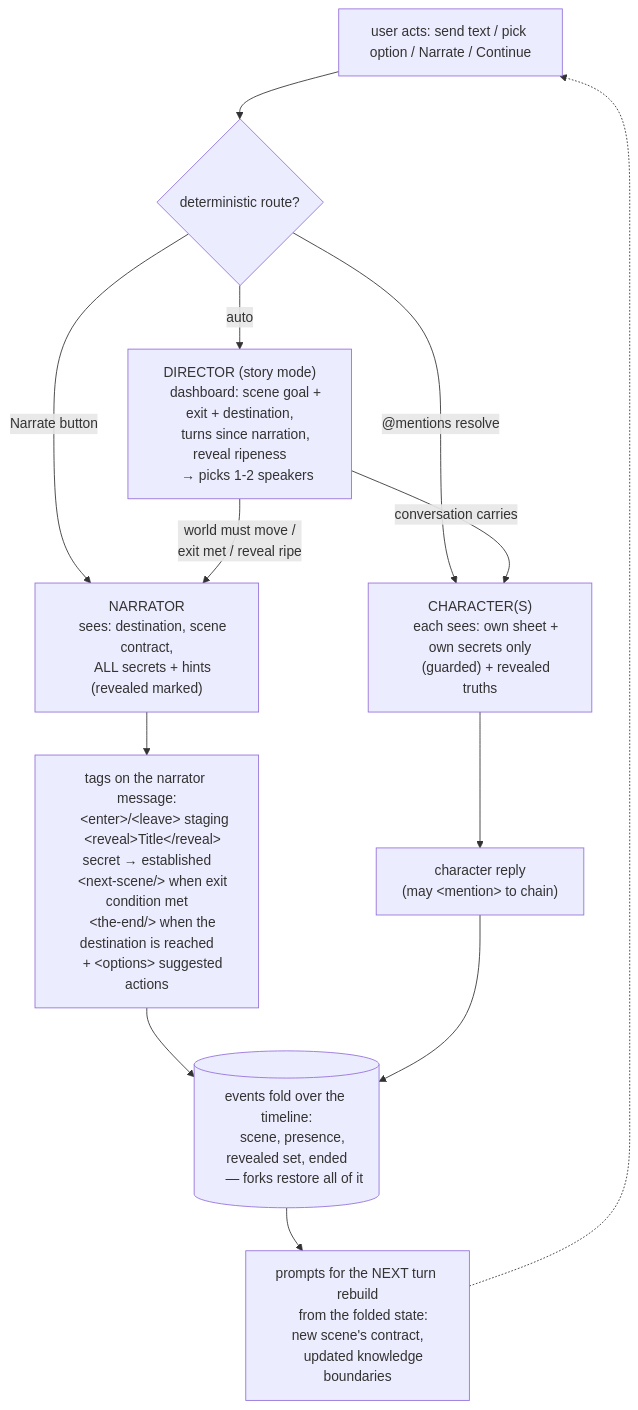
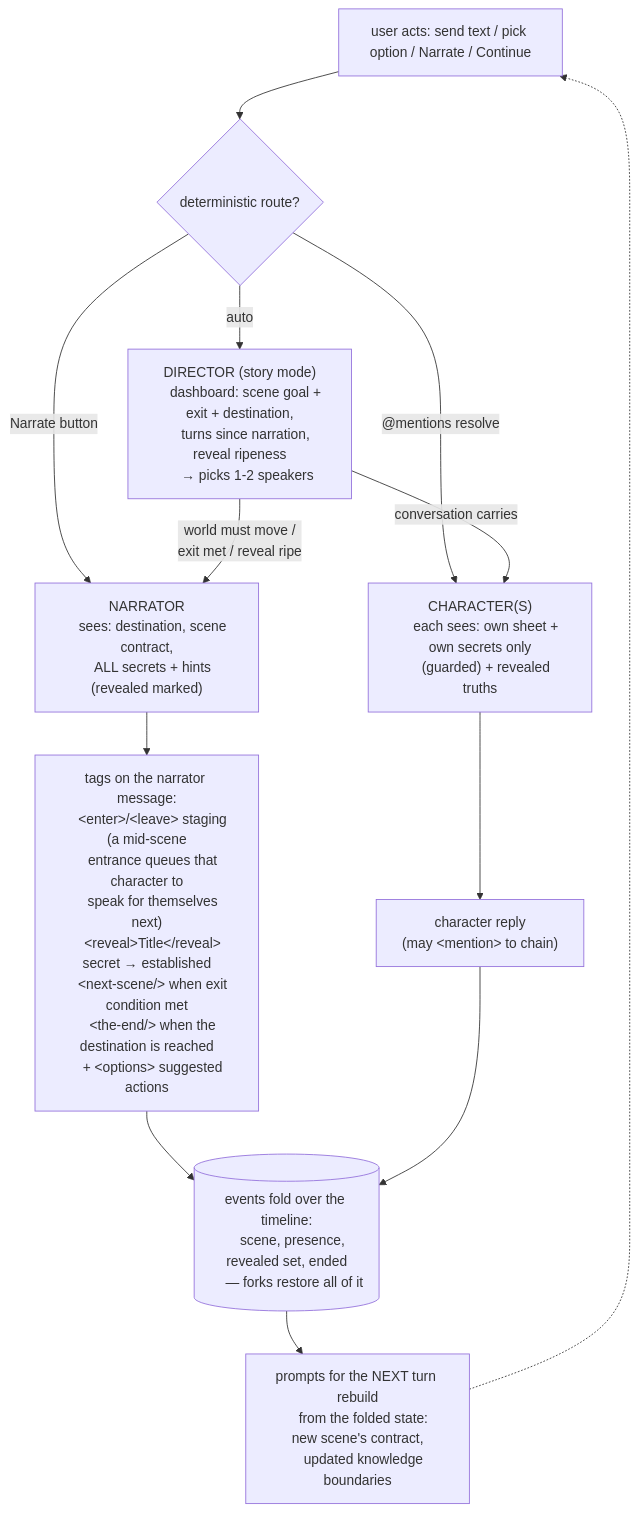
The second of 2 diagrams in SPEC.md (seancheung/animachat), drawn with Mermaid before and after one commit. The commit also changed other lines of this file and 3 other files, not shown here.

````diff
--- a/SPEC.md
+++ b/SPEC.md
@@ -242,36 +244,38 @@
 ```mermaid
 flowchart TD
     U["user acts: send text / pick option / Narrate / Continue"] --> R{"deterministic route?"}
     R -- "Narrate button" --> N
     R -- "@mentions resolve" --> C
     R -- "auto" --> D["DIRECTOR (story mode)
     dashboard: scene goal + exit + destination,
     turns since narration, reveal ripeness
     → picks 1-2 speakers"]
 
     D -- "world must move /
     exit met / reveal ripe" --> N["NARRATOR
     sees: destination, scene contract,
     ALL secrets + hints (revealed marked)"]
     D -- "conversation carries" --> C["CHARACTER(S)
     each sees: own sheet + own secrets only
     (guarded) + revealed truths"]
 
     N --> T["tags on the narrator message:
-    &lt;enter&gt;/&lt;leave&gt; staging
+    &lt;enter&gt;/&lt;leave&gt; staging (a mid-scene
+    entrance queues that character to
+    speak for themselves next)
     &lt;reveal&gt;Title&lt;/reveal&gt; secret → established
     &lt;next-scene/&gt; when exit condition met
     &lt;the-end/&gt; when the destination is reached
     + &lt;options&gt; suggested actions"]
     C --> M["character reply
     (may &lt;mention&gt; to chain)"]
 
     T --> F[("events fold over the timeline:
     scene, presence, revealed set, ended
     — forks restore all of it")]
     M --> F
     F --> P["prompts for the NEXT turn rebuild
     from the folded state: new scene's contract,
     updated knowledge boundaries"]
     P -.-> U
 ```
````
